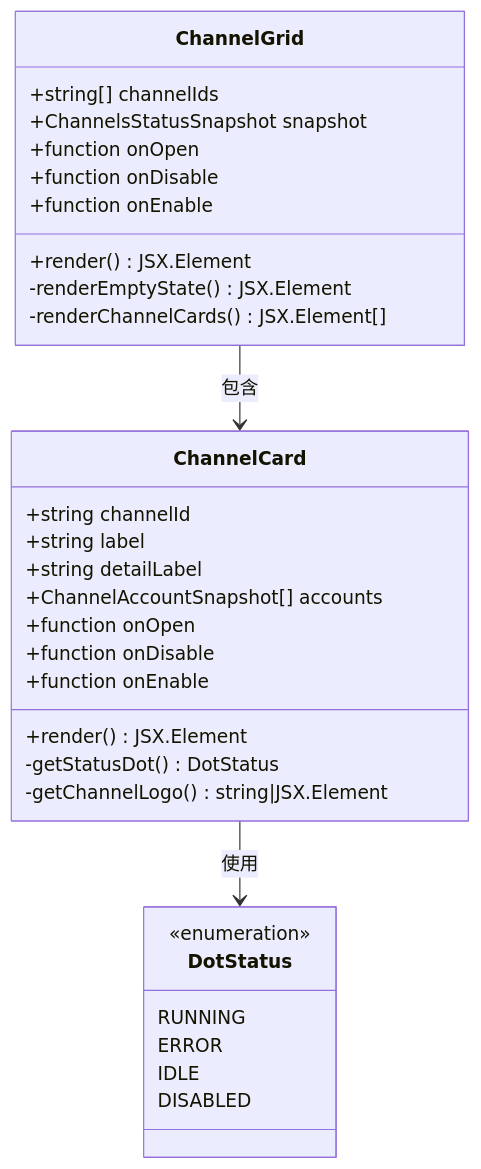
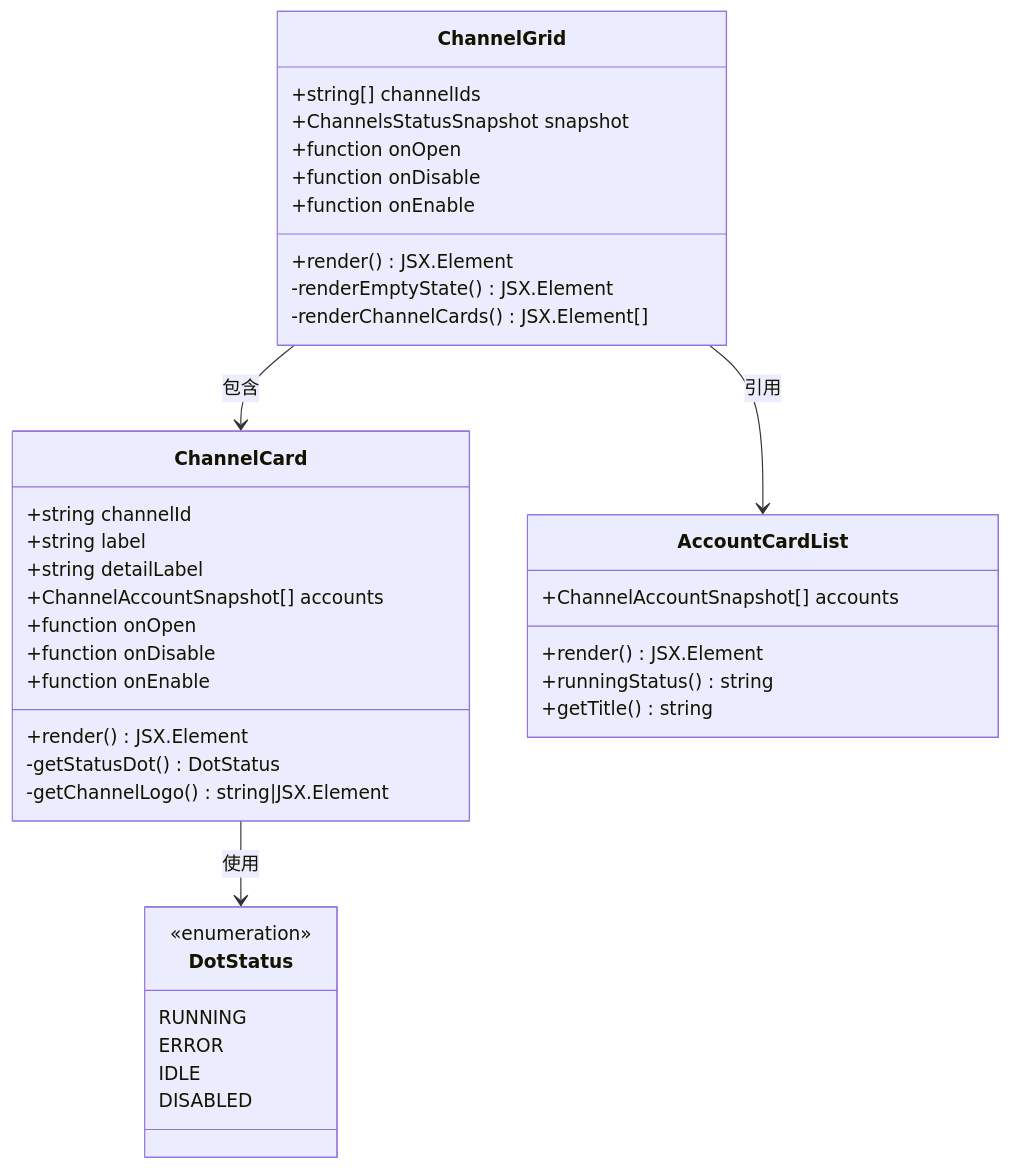
Before and after one commit to verse-ai-org/openclaw: the third of 7 diagrams in .qoder/repowiki/zh/content/Web界面/UI组件系统/通道网格布局系统.md, drawn with Mermaid. The commit also changed other lines of this file and 86 other files, not shown here.

````diff
--- a/.qoder/repowiki/zh/content/Web界面/UI组件系统/通道网格布局系统.md
+++ b/.qoder/repowiki/zh/content/Web界面/UI组件系统/通道网格布局系统.md
@@ -147,34 +200,41 @@
 ```mermaid
 classDiagram
 class ChannelGrid {
 +string[] channelIds
 +ChannelsStatusSnapshot snapshot
 +function onOpen
 +function onDisable
 +function onEnable
 +render() JSX.Element
 -renderEmptyState() JSX.Element
 -renderChannelCards() JSX.Element[]
 }
 class ChannelCard {
 +string channelId
 +string label
 +string detailLabel
 +ChannelAccountSnapshot[] accounts
 +function onOpen
 +function onDisable
 +function onEnable
 +render() JSX.Element
 -getStatusDot() DotStatus
 -getChannelLogo() string|JSX.Element
 }
 class DotStatus {
 <<enumeration>>
 RUNNING
 ERROR
 IDLE
 DISABLED
 }
+class AccountCardList {
++ChannelAccountSnapshot[] accounts
++render() JSX.Element
++runningStatus() string
++getTitle() string
+}
 ChannelGrid --> ChannelCard : 包含
+ChannelGrid --> AccountCardList : 引用
 ChannelCard --> DotStatus : 使用
 ```
````
